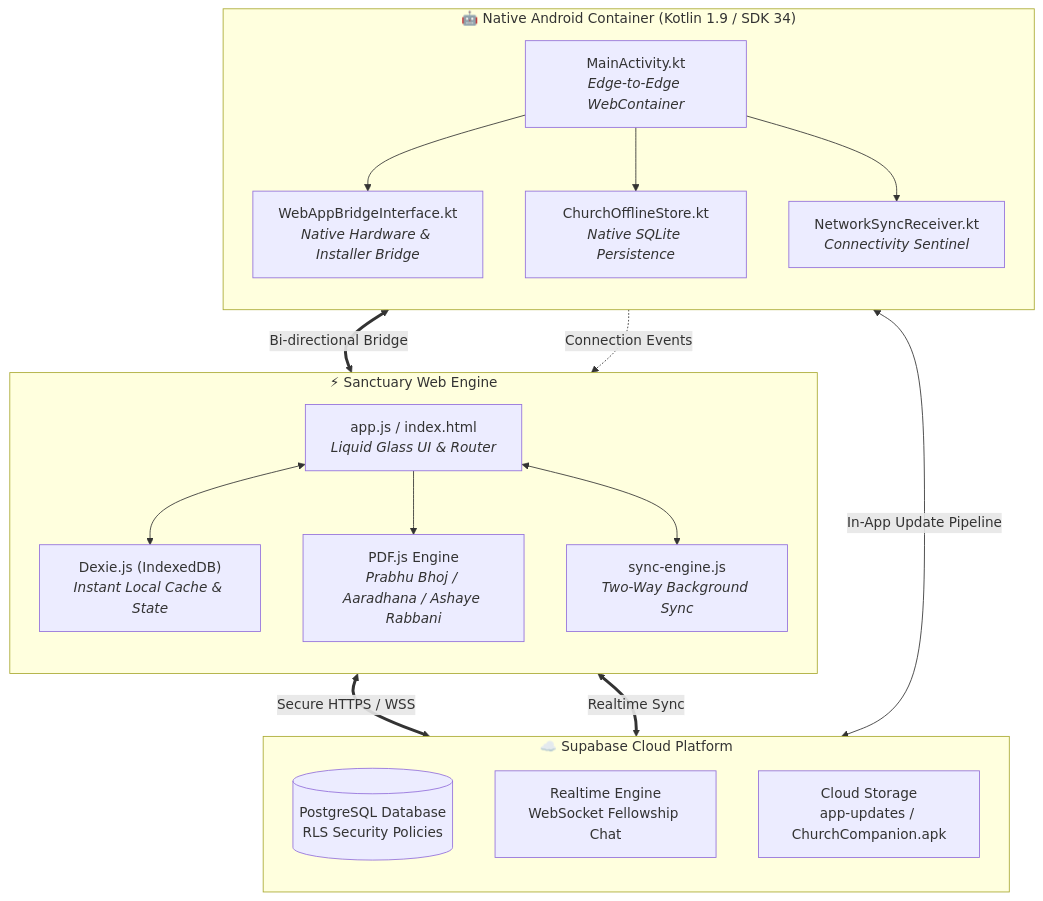
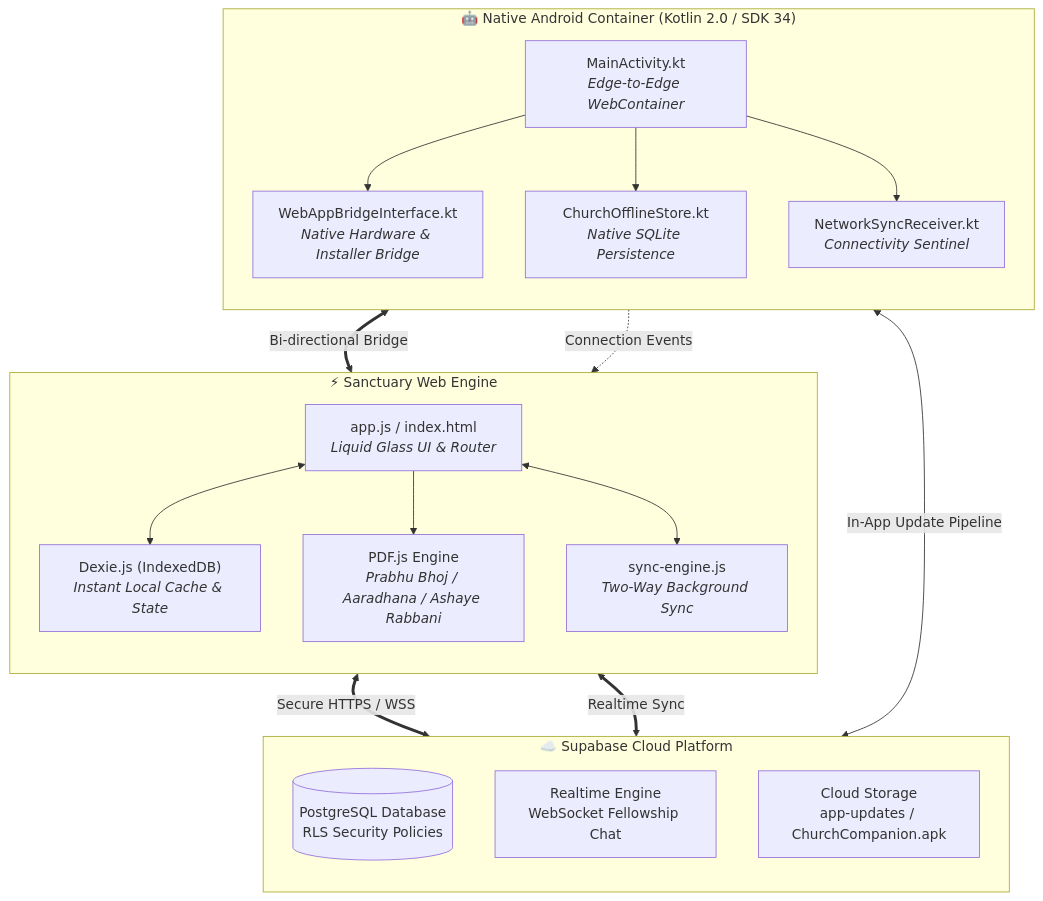
The diagram in README.md (iamemanual/CNI-Church-App), drawn with Mermaid before and after one commit. The commit also changed other lines of this file, not shown here.

Commit message:
docs(readme): update for v2.1.13 release, native push notifications, YouTube deep-linking & APK inspection

````diff
--- a/README.md
+++ b/README.md
@@ -126,39 +136,39 @@
 ```mermaid
 flowchart TD
-    subgraph NativeAndroid["🤖 Native Android Container (Kotlin 1.9 / SDK 34)"]
+    subgraph NativeAndroid["🤖 Native Android Container (Kotlin 2.0 / SDK 34)"]
         direction TB
         Main["MainActivity.kt<br/><i>Edge-to-Edge WebContainer</i>"]
         Bridge["WebAppBridgeInterface.kt<br/><i>Native Hardware & Installer Bridge</i>"]
         SQLite["ChurchOfflineStore.kt<br/><i>Native SQLite Persistence</i>"]
         NetWatch["NetworkSyncReceiver.kt<br/><i>Connectivity Sentinel</i>"]
         
         Main --> Bridge
         Main --> SQLite
         Main --> NetWatch
     end
 
     subgraph HybridEngine["⚡ Sanctuary Web Engine"]
         direction TB
         AppJS["app.js / index.html<br/><i>Liquid Glass UI & Router</i>"]
         Dexie["Dexie.js (IndexedDB)<br/><i>Instant Local Cache & State</i>"]
         PDF["PDF.js Engine<br/><i>Prabhu Bhoj / Aaradhana / Ashaye Rabbani</i>"]
         SyncWorker["sync-engine.js<br/><i>Two-Way Background Sync</i>"]
 
         AppJS <--> Dexie
         AppJS --> PDF
         AppJS <--> SyncWorker
     end
 
     subgraph Cloud["☁️ Supabase Cloud Platform"]
         direction TB
         SupaDB[("PostgreSQL Database<br/>RLS Security Policies")]
         SupaRealtime["Realtime Engine<br/>WebSocket Fellowship Chat"]
         SupaStorage["Cloud Storage<br/>app-updates / ChurchCompanion.apk"]
     end
 
     Bridge <==>|"Bi-directional Bridge"| AppJS
     NetWatch -.->|"Connection Events"| SyncWorker
     SyncWorker <==>|"Secure HTTPS / WSS"| SupaDB
     SyncWorker <==>|"Realtime Sync"| SupaRealtime
     Bridge <-->|"In-App Update Pipeline"| SupaStorage
 ```
````
